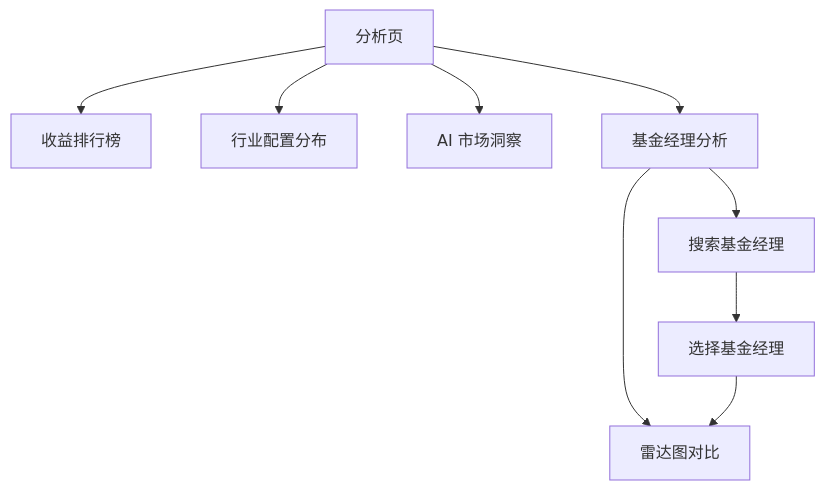
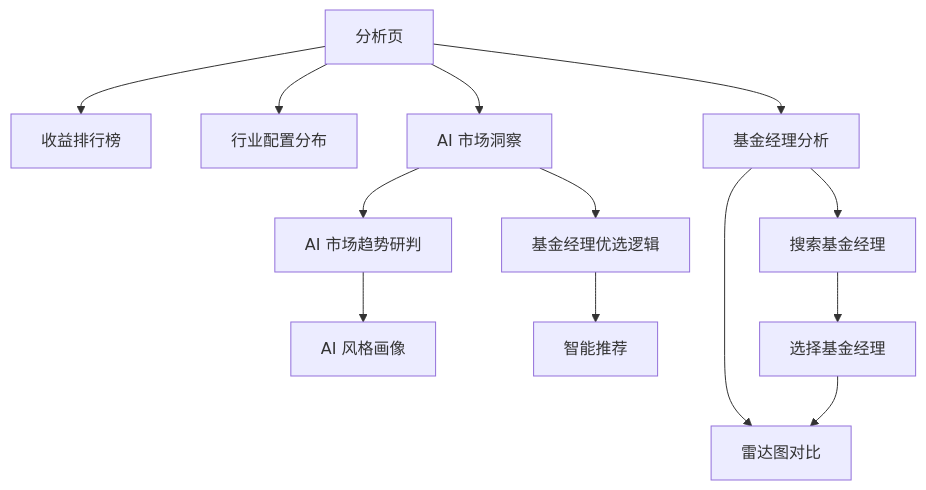
Before and after one commit to youkell85/FundTrader: the fourth of 14 diagrams in .qoder/repowiki/zh/content/前端应用文档/前端应用文档.md, drawn with Mermaid. The commit also changed other lines of this file and 11 other files, not shown here.

````diff
--- a/.qoder/repowiki/zh/content/前端应用文档/前端应用文档.md
+++ b/.qoder/repowiki/zh/content/前端应用文档/前端应用文档.md
@@ -214,11 +212,15 @@
 ```mermaid
 graph TB
 A[分析页] --> B[收益排行榜]
 A --> C[行业配置分布]
 A --> D[AI 市场洞察]
 A --> E[基金经理分析]
-E --> F[搜索基金经理]
-E --> G[雷达图对比]
-F --> H[选择基金经理]
-H --> G
+D --> F[AI 市场趋势研判]
+D --> G[基金经理优选逻辑]
+E --> H[搜索基金经理]
+E --> I[雷达图对比]
+F --> J[AI 风格画像]
+G --> K[智能推荐]
+H --> L[选择基金经理]
+L --> I
 ```
````
